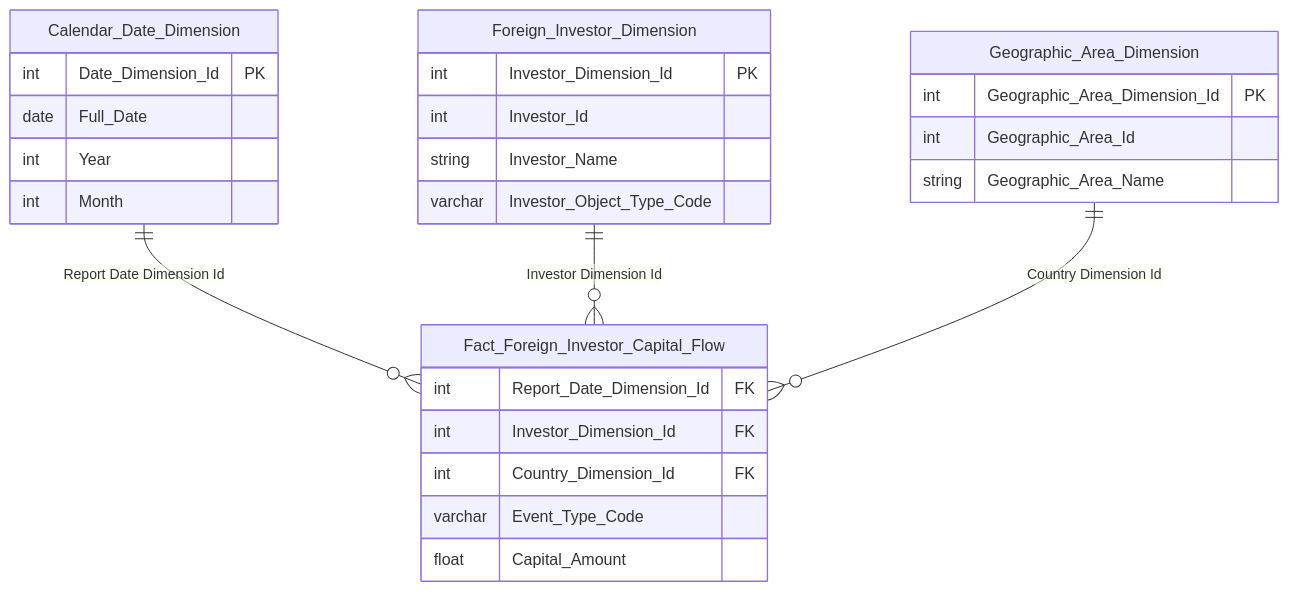
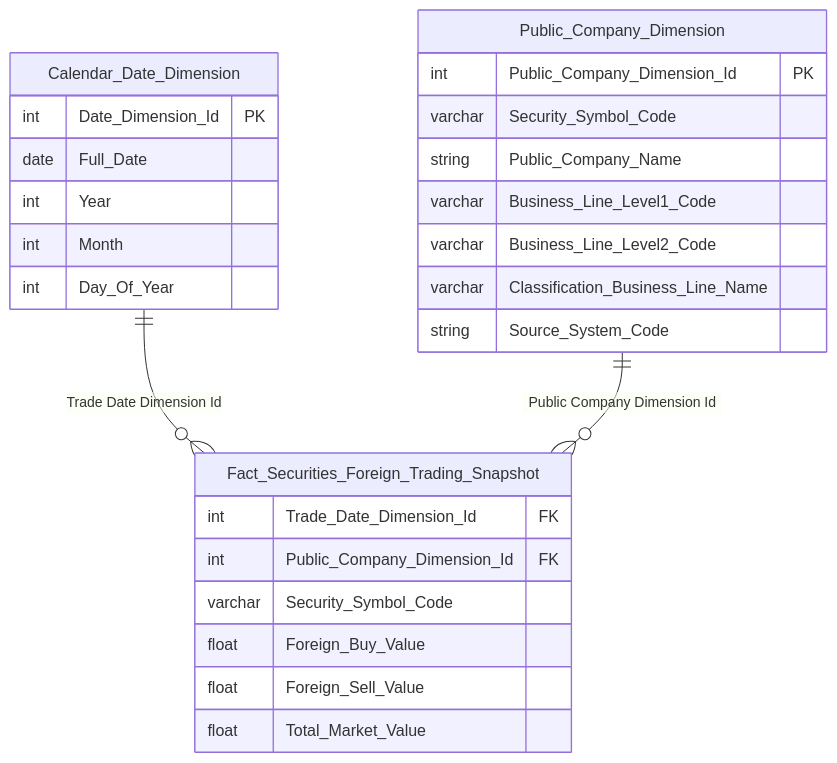
The tenth of 28 diagrams in Datamart/hld/DTM_NDTNN_HLD.md (linhlvit/ubck_atomic_design), drawn with Mermaid before and after one commit. The commit also changed other lines of this file and 9 other files, not shown here.

````diff
--- a/Datamart/hld/DTM_NDTNN_HLD.md
+++ b/Datamart/hld/DTM_NDTNN_HLD.md
@@ -592,31 +413,30 @@
 ```mermaid
 erDiagram
     Calendar_Date_Dimension {
         int Date_Dimension_Id PK
         date Full_Date
         int Year
         int Month
+        int Day_Of_Year
     }
-    Foreign_Investor_Dimension {
-        int Investor_Dimension_Id PK
-        int Investor_Id
-        string Investor_Name
-        varchar Investor_Object_Type_Code
+    Public_Company_Dimension {
+        int Public_Company_Dimension_Id PK
+        varchar Security_Symbol_Code
+        string Public_Company_Name
+        varchar Business_Line_Level1_Code
+        varchar Business_Line_Level2_Code
+        varchar Classification_Business_Line_Name
+        string Source_System_Code
     }
-    Geographic_Area_Dimension {
-        int Geographic_Area_Dimension_Id PK
-        int Geographic_Area_Id
-        string Geographic_Area_Name
-    }
-    Fact_Foreign_Investor_Capital_Flow {
-        int Report_Date_Dimension_Id FK
-        int Investor_Dimension_Id FK
-        int Country_Dimension_Id FK
-        varchar Event_Type_Code
-        float Capital_Amount
+    Fact_Securities_Foreign_Trading_Snapshot {
+        int Trade_Date_Dimension_Id FK
+        int Public_Company_Dimension_Id FK
+        varchar Security_Symbol_Code
+        float Foreign_Buy_Value
+        float Foreign_Sell_Value
+        float Total_Market_Value
     }
 
-    Calendar_Date_Dimension ||--o{ Fact_Foreign_Investor_Capital_Flow : "Report Date Dimension Id"
-    Foreign_Investor_Dimension ||--o{ Fact_Foreign_Investor_Capital_Flow : "Investor Dimension Id"
-    Geographic_Area_Dimension ||--o{ Fact_Foreign_Investor_Capital_Flow : "Country Dimension Id"
+    Calendar_Date_Dimension ||--o{ Fact_Securities_Foreign_Trading_Snapshot : "Trade Date Dimension Id"
+    Public_Company_Dimension ||--o{ Fact_Securities_Foreign_Trading_Snapshot : "Public Company Dimension Id"
 ```
````
